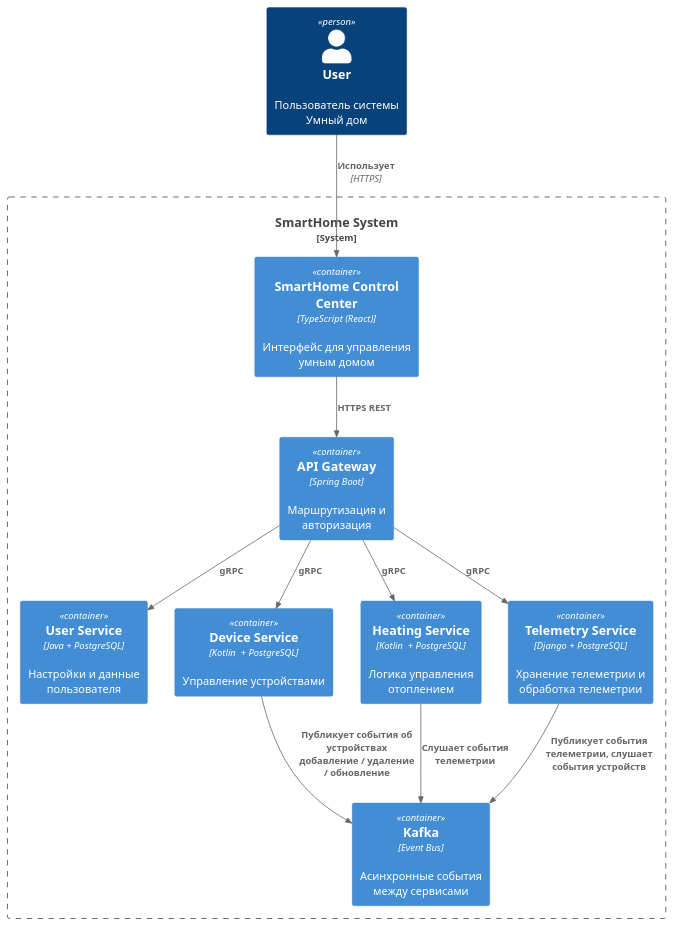
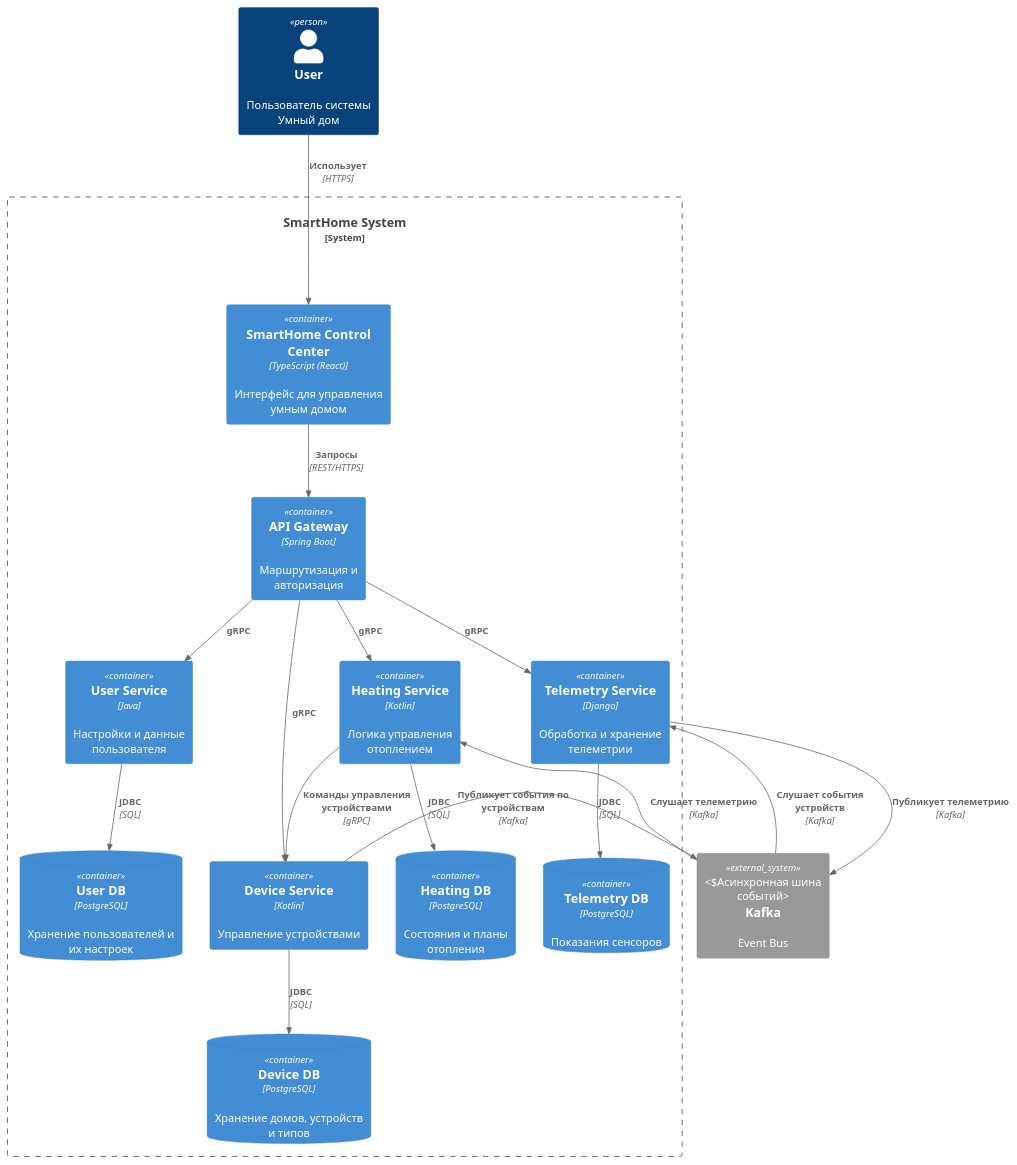
The diagram in diagrams/container/WarmHouse_Container.puml (vladislavego/architecture-warmhouse), drawn with PlantUML before and after one commit. The commit also changed 11 other files, not shown here.

```diff
--- a/diagrams/container/WarmHouse_Container.puml
+++ b/diagrams/container/WarmHouse_Container.puml
@@ -1,26 +1,47 @@
 @startuml Warmhouse_Container
 !includeurl https://raw.githubusercontent.com/plantuml-stdlib/C4-PlantUML/master/C4_Container.puml
 
 Person(user, "User", "Пользователь системы Умный дом")
 
 System_Boundary(warmhouse, "SmartHome System") {
+
     Container(frontend, "SmartHome Control Center", "TypeScript (React)", "Интерфейс для управления умным домом")
+
     Container(api, "API Gateway", "Spring Boot", "Маршрутизация и авторизация")
-    Container(userService, "User Service", "Java + PostgreSQL", "Настройки и данные пользователя")
-    Container(deviceService, "Device Service", "Kotlin  + PostgreSQL", "Управление устройствами")
-    Container(heatingService, "Heating Service", "Kotlin  + PostgreSQL", "Логика управления отоплением")
-    Container(telemetryService, "Telemetry Service", "Django + PostgreSQL", "Хранение телеметрии и обработка телеметрии")
-    Container(kafka, "Kafka", "Event Bus", "Асинхронные события между сервисами")
+
+    Container(userService, "User Service", "Java", "Настройки и данные пользователя")
+    Container(deviceService, "Device Service", "Kotlin", "Управление устройствами")
+    Container(heatingService, "Heating Service", "Kotlin", "Логика управления отоплением")
+    Container(telemetryService, "Telemetry Service", "Django", "Обработка и хранение телеметрии")
+
+    ContainerDb(userDb, "User DB", "PostgreSQL", "Хранение пользователей и их настроек")
+    ContainerDb(deviceDb, "Device DB", "PostgreSQL", "Хранение домов, устройств и типов")
+    ContainerDb(heatingDb, "Heating DB", "PostgreSQL", "Состояния и планы отопления")
+    ContainerDb(telemetryDb, "Telemetry DB", "PostgreSQL", "Показания сенсоров")
 }
 
+System_Ext(kafka, "Kafka", "Event Bus", "Асинхронная шина событий")
+
 Rel(user, frontend, "Использует", "HTTPS")
-Rel(frontend, api, "HTTPS REST")
+Rel(frontend, api, "Запросы", "REST/HTTPS")
+
+
 Rel(api, userService, "gRPC")
 Rel(api, deviceService, "gRPC")
 Rel(api, heatingService, "gRPC")
 Rel(api, telemetryService, "gRPC")
-Rel(telemetryService, kafka, "Публикует события телеметрии, слушает события устройств")
-Rel(heatingService, kafka, "Слушает события телеметрии")
-Rel(deviceService, kafka, "Публикует события об устройствах добавление / удаление / обновление")
+
+Rel(heatingService, deviceService, "Команды управления устройствами", "gRPC")
+
+Rel(userService, userDb, "JDBC", "SQL")
+Rel(deviceService, deviceDb, "JDBC", "SQL")
+Rel(heatingService, heatingDb, "JDBC", "SQL")
+Rel(telemetryService, telemetryDb, "JDBC", "SQL")
+
+Rel(telemetryService, kafka, "Публикует телеметрию", "Kafka")
+Rel(deviceService, kafka, "Публикует события по устройствам", "Kafka")
+
+Rel(kafka, telemetryService, "Слушает события устройств", "Kafka")
+Rel(kafka, heatingService, "Слушает телеметрию", "Kafka")
 
 @enduml
```
